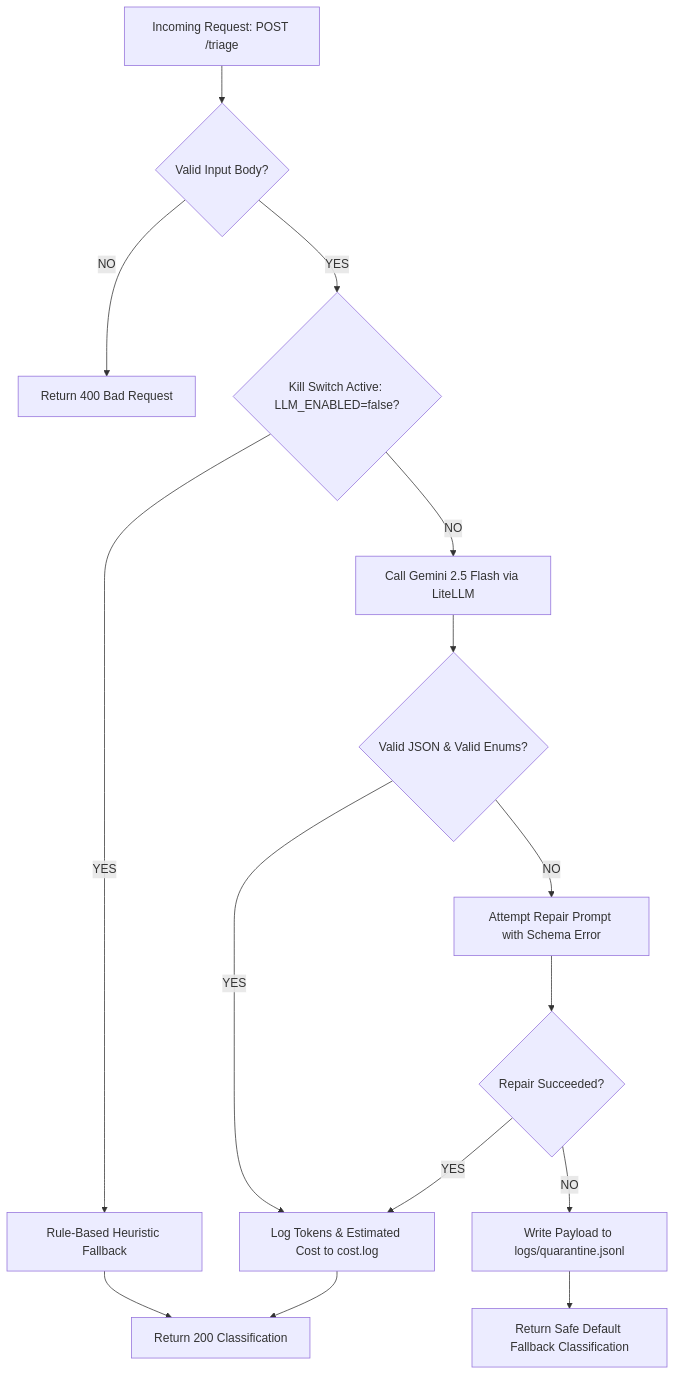
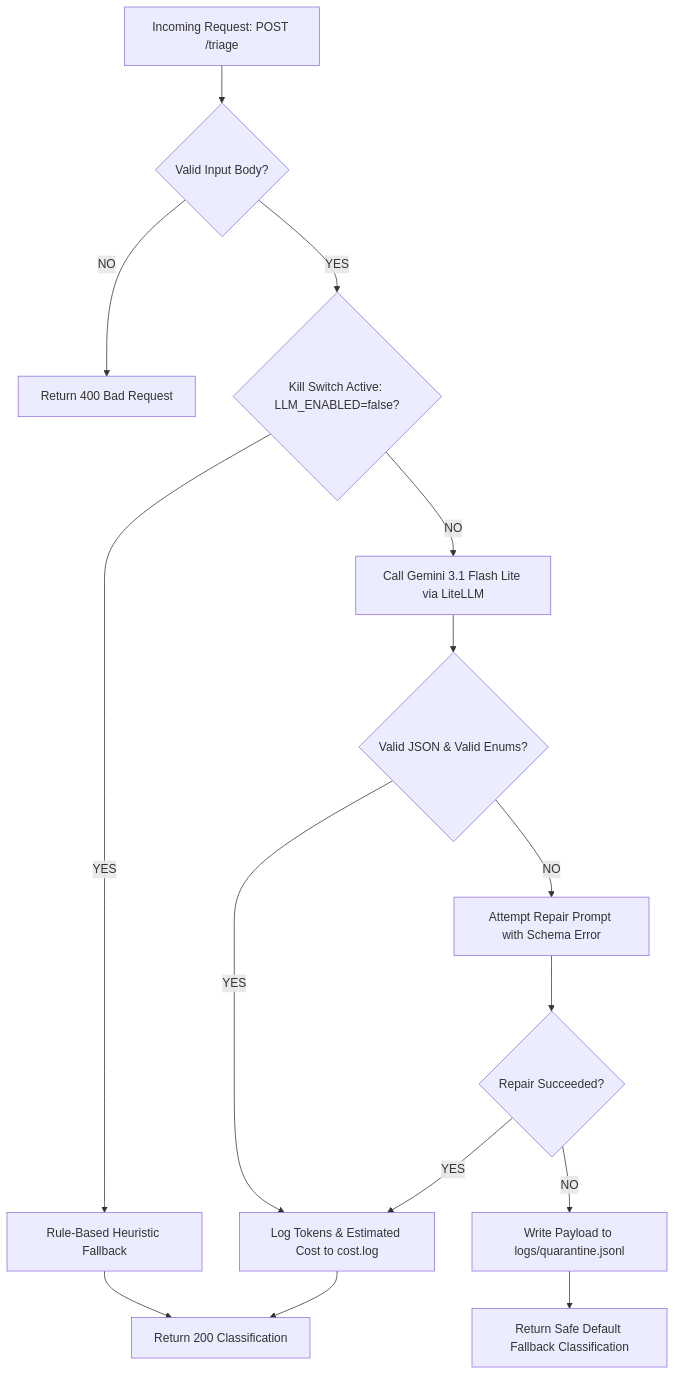
One commit to msaad53407/flyrank_ai_backend_ai_engineering_internship changed the fourth of 6 diagrams in assignments_deep_dive.md. Above: the diagram before and after it, drawn with Mermaid. The commit also changed other lines of this file and 12 other files, not shown here.

Commit message:
Feat: Upgrade all Gemini models to gemini-3.1-flash-lite across assignment_7, assignment_9, and documentation

````diff
--- a/assignments_deep_dive.md
+++ b/assignments_deep_dive.md
@@ -219,17 +219,17 @@
 ```mermaid
 graph TD
     A[Incoming Request: POST /triage] --> B{Valid Input Body?}
     B -- NO --> C[Return 400 Bad Request]
     B -- YES --> D{Kill Switch Active: LLM_ENABLED=false?}
     D -- YES --> E[Rule-Based Heuristic Fallback]
     E --> F[Return 200 Classification]
-    D -- NO --> G[Call Gemini 2.5 Flash via LiteLLM]
+    D -- NO --> G[Call Gemini 3.1 Flash Lite via LiteLLM]
     G --> H{Valid JSON & Valid Enums?}
     H -- YES --> I[Log Tokens & Estimated Cost to cost.log]
     I --> F
     H -- NO --> J[Attempt Repair Prompt with Schema Error]
     J --> K{Repair Succeeded?}
     K -- YES --> I
     K -- NO --> L[Write Payload to logs/quarantine.jsonl]
     L --> M[Return Safe Default Fallback Classification]
 ```
````
